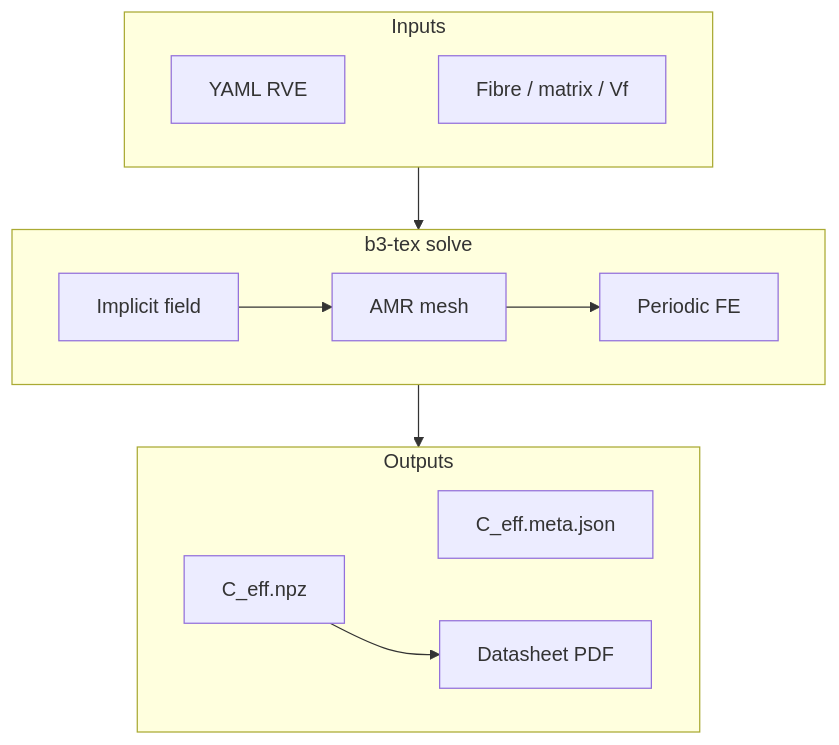
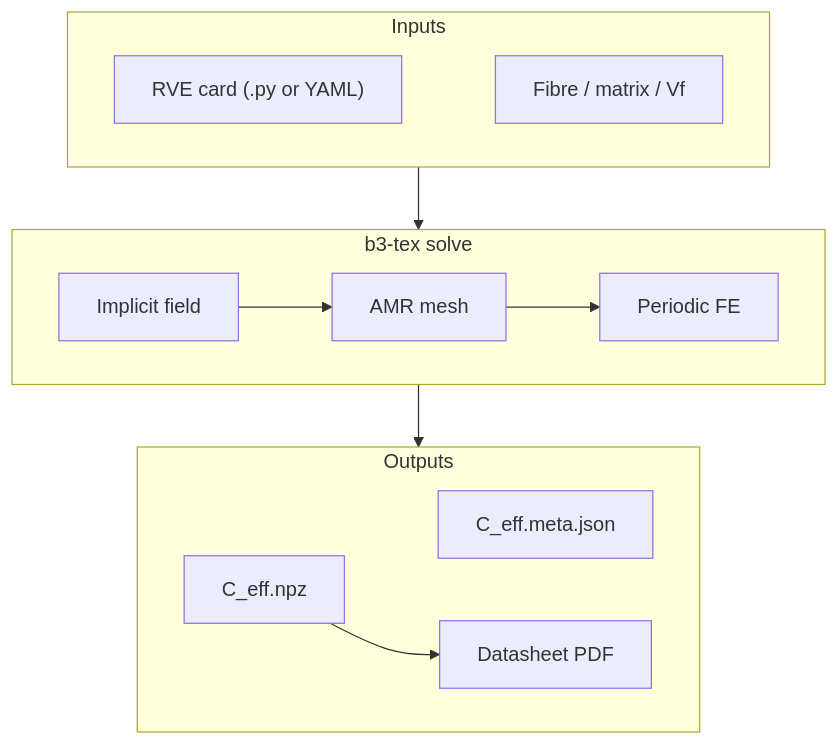
The diagram in docs/index.mdx (wr1/b3_tex), drawn with Mermaid before and after one commit. The commit also changed other lines of this file and 119 other files, not shown here.

````diff
--- a/docs/index.mdx
+++ b/docs/index.mdx
@@ -44,18 +41,18 @@
 ```mermaid
 flowchart TB
   subgraph inputs [Inputs]
     direction LR
-    yaml[YAML RVE] ~~~ fibre[Fibre / matrix / Vf]
+    card["RVE card (.py or YAML)"] ~~~ fibre[Fibre / matrix / Vf]
   end
   subgraph solve [b3-tex solve]
     direction LR
     field[Implicit field] --> amr[AMR mesh]
     amr --> fe[Periodic FE]
   end
   subgraph out [Outputs]
     direction LR
     npz["C_eff.npz"] ~~~ meta["C_eff.meta.json"]
     npz --> ds[Datasheet PDF]
   end
   inputs --> solve --> out
 ```
````
